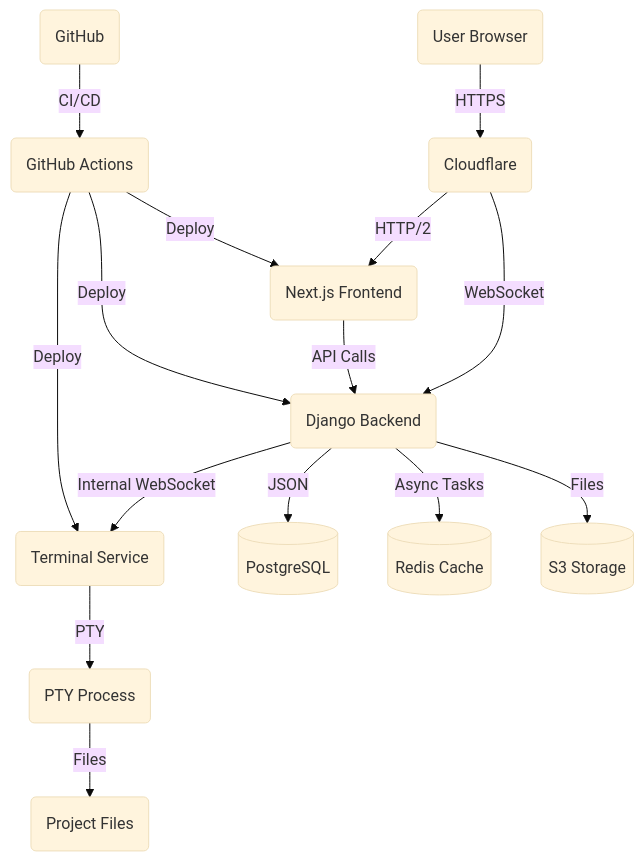
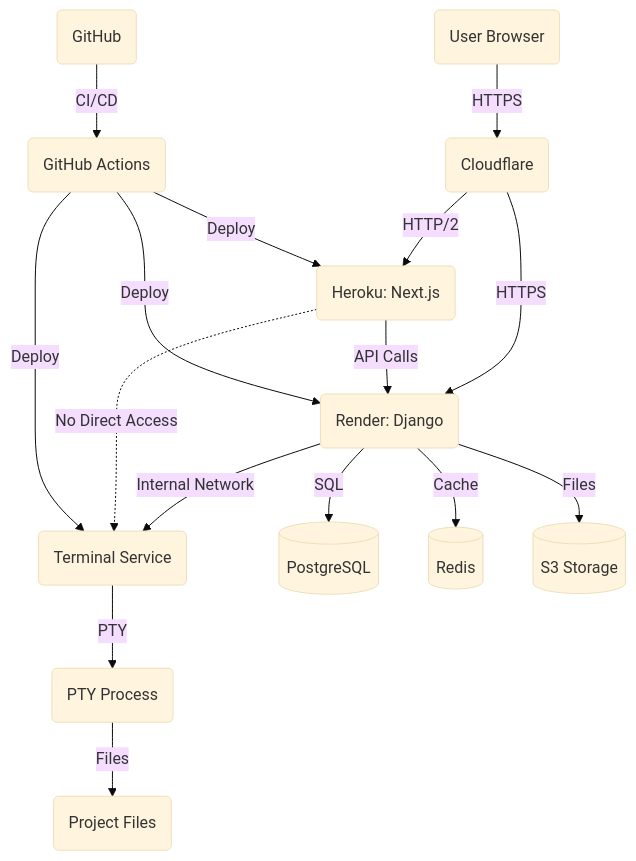
The first of 2 diagrams in README.md (aouichou/aouichou), drawn with Mermaid (base theme) before and after one commit.

````diff
--- a/README.md
+++ b/README.md
@@ -37,17 +37,18 @@
   ```mermaid
-   graph TD
-    User("User Browser") -->|HTTPS| CF("Cloudflare")
-    CF -->|HTTP/2| Next("Next.js Frontend")
-    CF -->|WebSocket| Django("Django Backend")
-    Django -->|Internal WebSocket| WS("Terminal Service")
-    Django -->|JSON| DB[("PostgreSQL")]
-    Django -->|Async Tasks| Redis[("Redis Cache")]
-    Django -->|Files| S3[("S3 Storage")]
-    Next -->|API Calls| Django
-    WS -->|PTY| Terminal("PTY Process")
-    Terminal -->|Files| Project("Project Files")
-    Github("GitHub") -->|CI/CD| Actions("GitHub Actions")
-    Actions -->|Deploy| Next
-    Actions -->|Deploy| Django
-    Actions -->|Deploy| WS
+  graph TD
+      User("User Browser") -->|HTTPS| CF("Cloudflare")
+      CF -->|HTTP/2| Heroku("Heroku: Next.js")
+      CF -->|HTTPS| Render("Render: Django")
+      Render -->|Internal Network| Terminal("Terminal Service")
+      Render -->|SQL| DB[("PostgreSQL")]
+      Render -->|Cache| Redis[("Redis")]
+      Render -->|Files| S3[("S3 Storage")]
+      Heroku -->|API Calls| Render
+      Heroku -.->|No Direct Access| Terminal
+      Terminal -->|PTY| Process("PTY Process")
+      Process -->|Files| Projects("Project Files")
+      Github("GitHub") -->|CI/CD| Actions("GitHub Actions")
+      Actions -->|Deploy| Heroku
+      Actions -->|Deploy| Render
+      Actions -->|Deploy| Terminal
   ```
````
